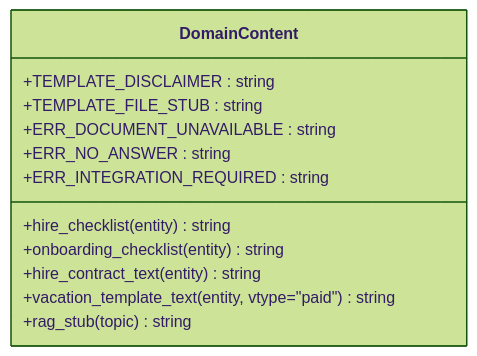
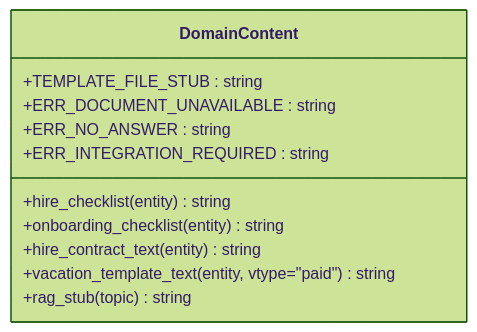
One commit to ognelis/cafetera_hr_bot changed the third of 12 diagrams in .qoder/repowiki/en/content/VK Integration/Domain Content Management.md. Above: the diagram before and after it, drawn with Mermaid (forest theme). The commit also changed other lines of this file and 27 other files, not shown here.

````diff
--- a/.qoder/repowiki/en/content/VK Integration/Domain Content Management.md
+++ b/.qoder/repowiki/en/content/VK Integration/Domain Content Management.md
@@ -213,15 +238,14 @@
 ```mermaid
 classDiagram
 class DomainContent {
-+TEMPLATE_DISCLAIMER : string
 +TEMPLATE_FILE_STUB : string
 +ERR_DOCUMENT_UNAVAILABLE : string
 +ERR_NO_ANSWER : string
 +ERR_INTEGRATION_REQUIRED : string
 +hire_checklist(entity) string
 +onboarding_checklist(entity) string
 +hire_contract_text(entity) string
 +vacation_template_text(entity, vtype="paid") string
 +rag_stub(topic) string
 }
 ```
````
